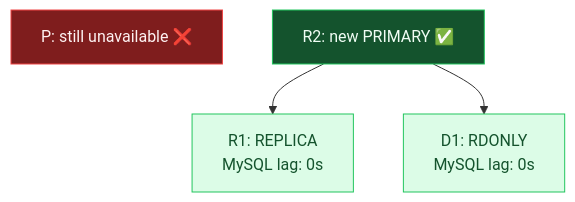
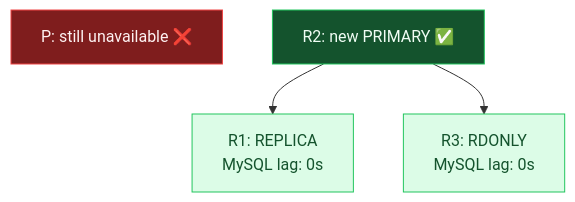
The second of 3 diagrams in content/en/blog/2026-09-24-hardening-emergency-reparent-shard.md (vitessio/website), drawn with Mermaid before and after one commit. The commit also changed other lines of this file, not shown here.

Commit message:
Rename diagram tablet to R3

````diff
--- a/content/en/blog/2026-09-24-hardening-emergency-reparent-shard.md
+++ b/content/en/blog/2026-09-24-hardening-emergency-reparent-shard.md
@@ -40,17 +40,17 @@
 ```mermaid
 graph TD
     OldPrimary["P: still unavailable ❌"]
     NewPrimary["R2: new PRIMARY ✅"]
     Replica["R1: REPLICA<br/>MySQL lag: 0s"]
-    ReadOnly["D1: RDONLY<br/>MySQL lag: 0s"]
+    ReadOnly["R3: RDONLY<br/>MySQL lag: 0s"]
     NewPrimary --> Replica
     NewPrimary --> ReadOnly
 
     classDef default fill:#f3f4f6,stroke:#6b7280,color:#111827
     classDef unavailable fill:#7f1d1d,stroke:#ef4444,color:#fef2f2
     classDef completed fill:#14532d,stroke:#22c55e,color:#f0fdf4
     classDef healthy fill:#dcfce7,stroke:#22c55e,color:#14532d
     class OldPrimary unavailable
     class NewPrimary completed
     class Replica,ReadOnly healthy
 ```
````
